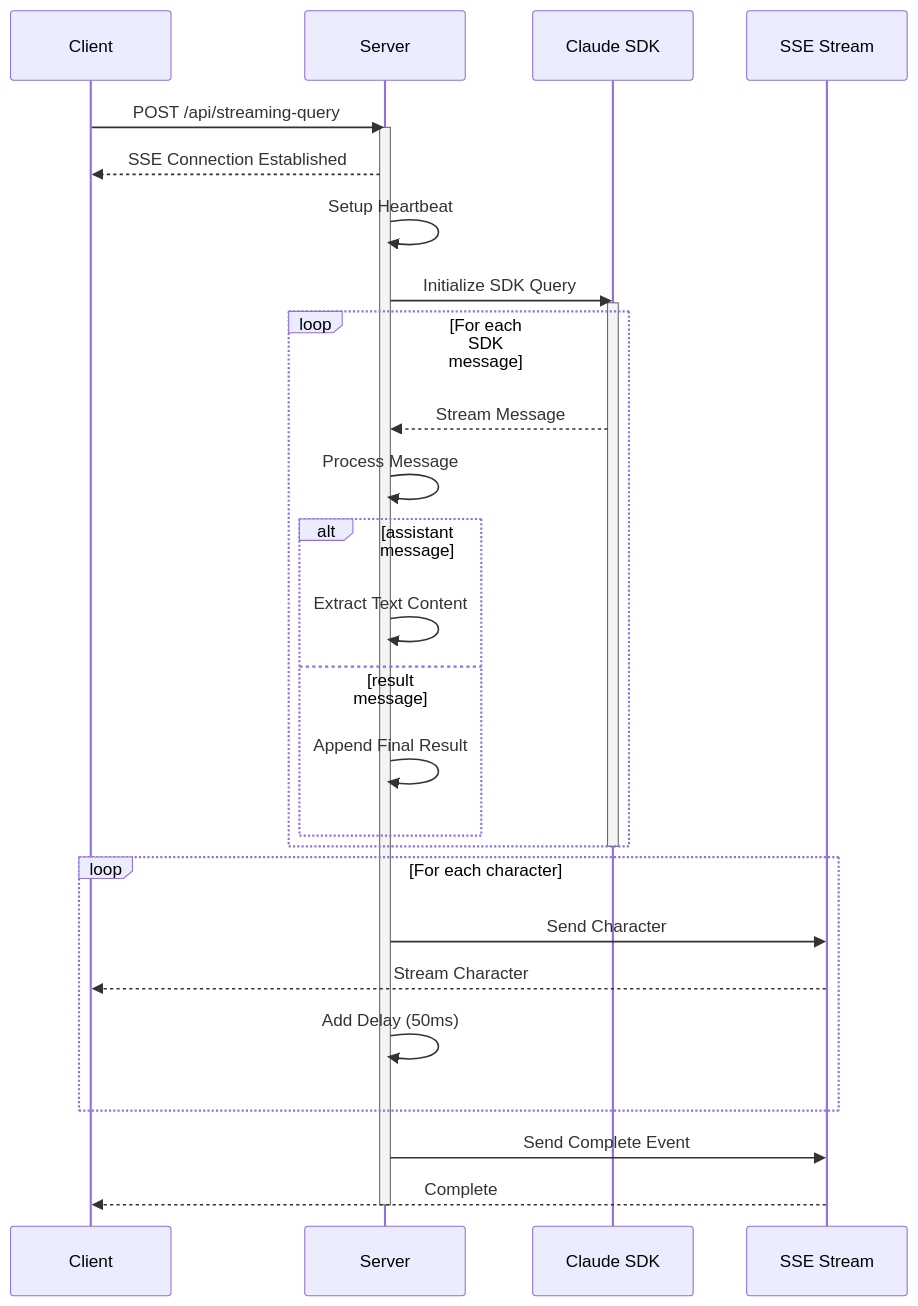
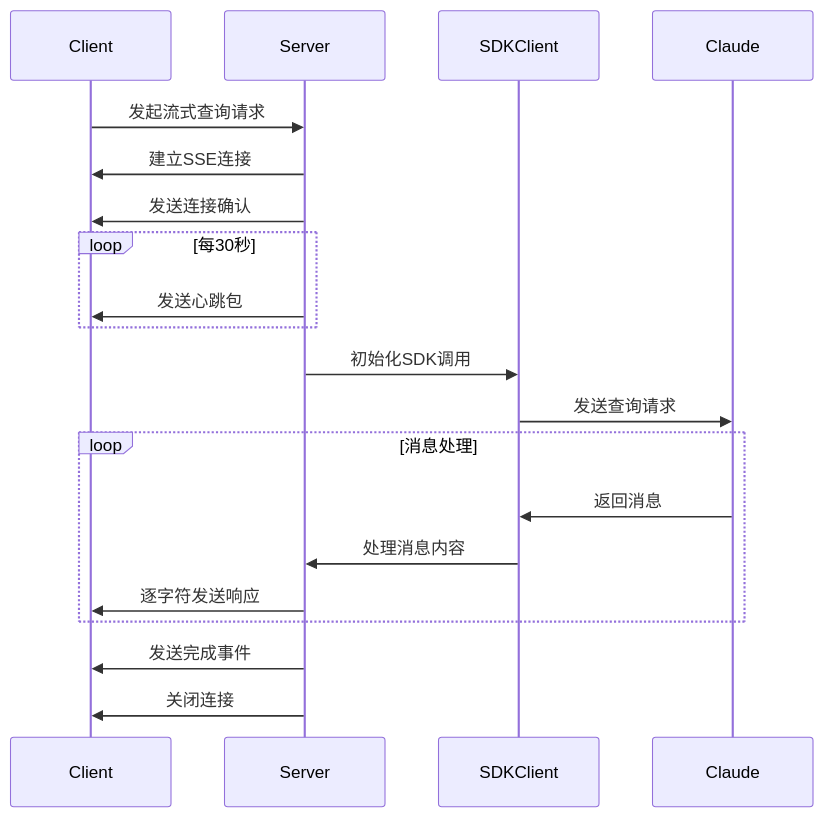
Before and after one commit to danielli0522/cc-sdk-demo: the first of 3 diagrams in demo-real/demo-real-Complex-Flow-Analysis.md, drawn with Mermaid. The commit also changed other lines of this file and 44 other files, not shown here.

````diff
--- a/demo-real/demo-real-Complex-Flow-Analysis.md
+++ b/demo-real/demo-real-Complex-Flow-Analysis.md
@@ -99,36 +12,27 @@
 ```mermaid
 sequenceDiagram
-    participant C as Client
-    participant S as Server
-    participant SDK as Claude SDK
-    participant SSE as SSE Stream
+    participant Client
+    participant Server
+    participant SDKClient
+    participant Claude
+
+    Client->>Server: 发起流式查询请求
+    Server->>Client: 建立SSE连接
+    Server->>Client: 发送连接确认
     
-    C->>S: POST /api/streaming-query
-    activate S
-    S-->>C: SSE Connection Established
-    S->>S: Setup Heartbeat
-    
-    S->>SDK: Initialize SDK Query
-    activate SDK
-    
-    loop For each SDK message
-        SDK-->>S: Stream Message
-        S->>S: Process Message
-        alt assistant message
-            S->>S: Extract Text Content
-        else result message
-            S->>S: Append Final Result
-        end
-    end
-    deactivate SDK
-    
-    loop For each character
-        S->>SSE: Send Character
-        SSE-->>C: Stream Character
-        S->>S: Add Delay (50ms)
+    loop 每30秒
+        Server->>Client: 发送心跳包
     end
     
-    S->>SSE: Send Complete Event
-    SSE-->>C: Complete
-    deactivate S
+    Server->>SDKClient: 初始化SDK调用
+    SDKClient->>Claude: 发送查询请求
+    
+    loop 消息处理
+        Claude->>SDKClient: 返回消息
+        SDKClient->>Server: 处理消息内容
+        Server->>Client: 逐字符发送响应
+    end
+    
+    Server->>Client: 发送完成事件
+    Server->>Client: 关闭连接
 ```
````
